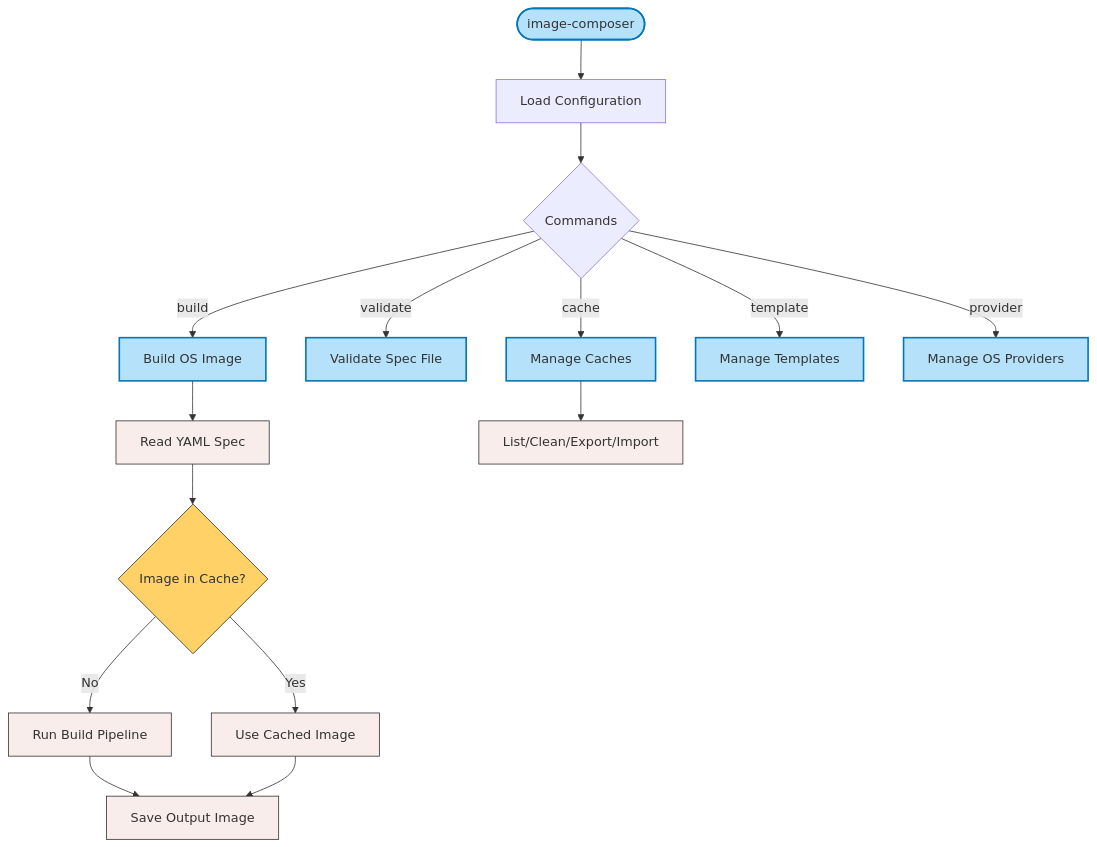
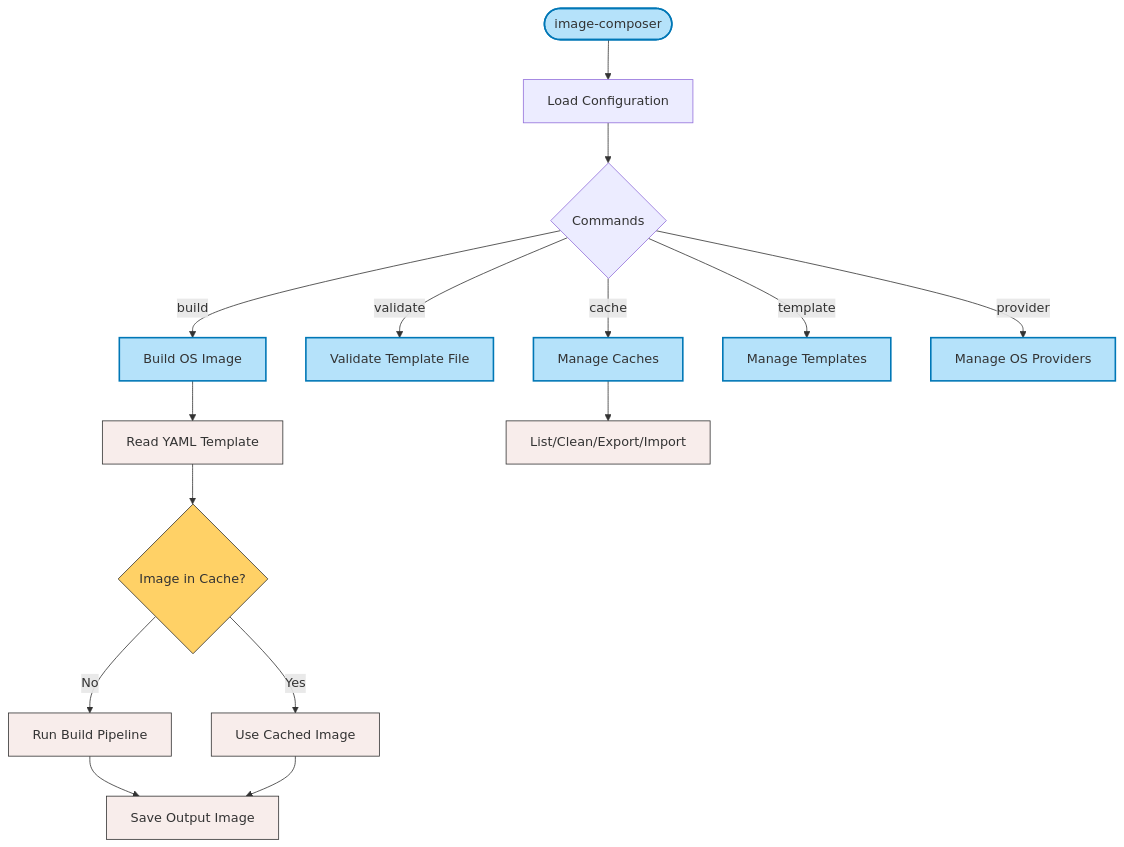
The diagram in docs/architecture/image-composer-cli-specification.md (elvin03/os-image-composer), drawn with Mermaid before and after one commit. The commit also changed other lines of this file and 11 other files, not shown here.

Commit message:
made code changes to replace build spec with image template

````diff
--- a/docs/architecture/image-composer-cli-specification.md
+++ b/docs/architecture/image-composer-cli-specification.md
@@ -31,34 +31,34 @@
 ```mermaid
 flowchart TD
 
     Start([image-composer]) --> Config[Load Configuration]
     Config --> Commands{Commands}
     
     Commands -->|build| Build[Build OS Image]
-    Build --> ReadSpec[Read YAML Spec]
-    ReadSpec --> CheckCache{Image in Cache?}
+    Build --> ReadTemplate[Read YAML Template]
+    ReadTemplate --> CheckCache{Image in Cache?}
     CheckCache -->|Yes| UseCache[Use Cached Image]
     CheckCache -->|No| BuildProcess[Run Build Pipeline]
     BuildProcess --> SaveImage[Save Output Image]
     UseCache --> SaveImage
     
-    Commands -->|validate| Validate[Validate Spec File]
+    Commands -->|validate| Validate[Validate Template File]
     
     Commands -->|cache| Cache[Manage Caches]
     Cache --> CacheOps[List/Clean/Export/Import]
     
     Commands -->|template| Template[Manage Templates]
     
     Commands -->|provider| Provider[Manage OS Providers]
     
     %% Styling
     classDef command fill:#b5e2fa,stroke:#0077b6,stroke-width:2px;
     classDef process fill:#f8edeb,stroke:#333,stroke-width:1px;
     classDef decision fill:#ffd166,stroke:#333,stroke-width:1px;
     
     class Start command;
     class Build,Validate,Cache,Template,Provider command;
     class CheckCache decision;
-    class ReadSpec,BuildProcess,SaveImage,UseCache,CacheOps process;
+    class ReadTemplate,BuildProcess,SaveImage,UseCache,CacheOps process;
     
 ```
````
